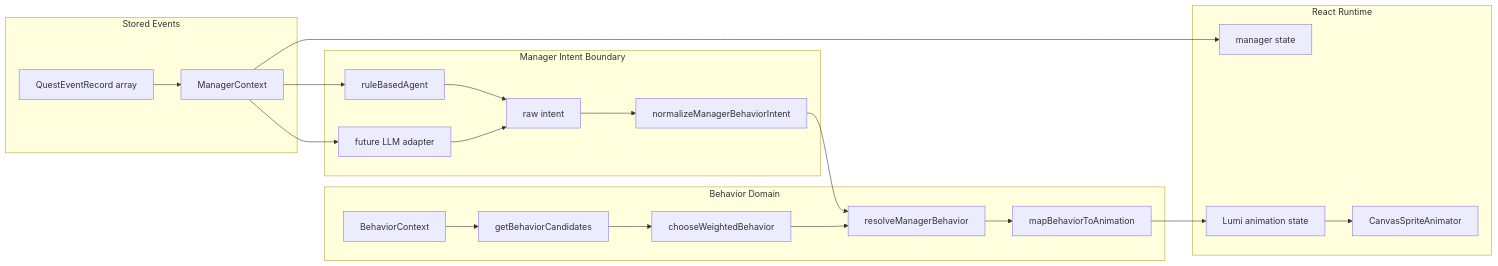
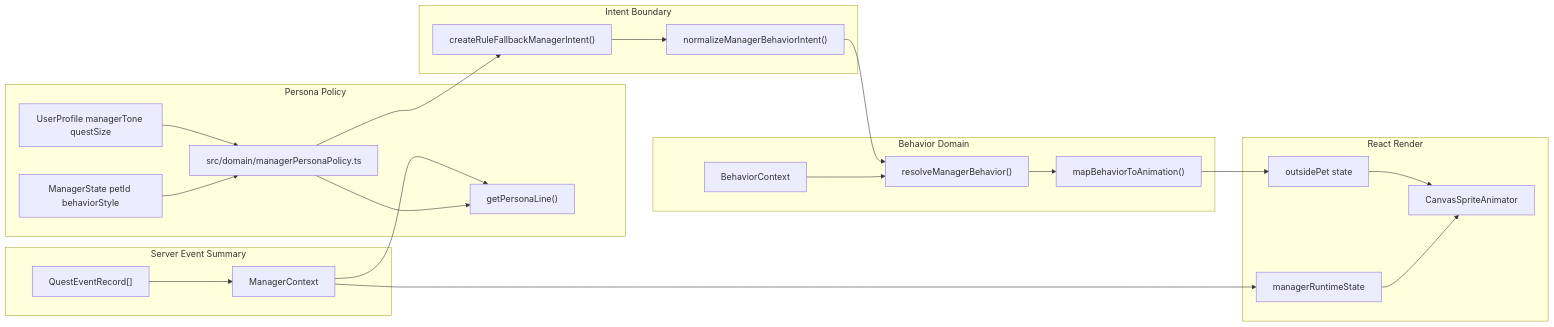
Before and after one commit to Mureung1/hub-showcase: the third of 5 diagrams in docs/architecture-data-flow.md, drawn with Mermaid. The commit also changed other lines of this file and 63 other files, not shown here.

Commit message:
Connect manager runtime and reward systems

````diff
--- a/docs/architecture-data-flow.md
+++ b/docs/architecture-data-flow.md
@@ -175,43 +160,46 @@
 ```mermaid
 flowchart LR
-  subgraph Data["Stored Events"]
-    Records["QuestEventRecord array"]
+  subgraph ServerData["Server Event Summary"]
+    Records["QuestEventRecord[]"]
     Context["ManagerContext"]
   end
 
-  subgraph Intent["Manager Intent Boundary"]
-    RuleAgent["ruleBasedAgent"]
-    FutureLLM["future LLM adapter"]
-    RawIntent["raw intent"]
-    Normalize["normalizeManagerBehaviorIntent"]
+  subgraph Persona["Persona Policy"]
+    Profile["UserProfile managerTone questSize"]
+    Manager["ManagerState petId behaviorStyle"]
+    Policy["src/domain/managerPersonaPolicy.ts"]
+    PersonaLine["getPersonaLine()"]
+  end
+
+  subgraph Intent["Intent Boundary"]
+    RuleIntent["createRuleFallbackManagerIntent()"]
+    Normalize["normalizeManagerBehaviorIntent()"]
   end
 
   subgraph Behavior["Behavior Domain"]
     BehaviorContext["BehaviorContext"]
-    Candidates["getBehaviorCandidates"]
-    Weighted["chooseWeightedBehavior"]
-    Adapter["resolveManagerBehavior"]
-    Animation["mapBehaviorToAnimation"]
+    Adapter["resolveManagerBehavior()"]
+    Animation["mapBehaviorToAnimation()"]
   end
 
-  subgraph React["React Runtime"]
-    ManagerState["manager state"]
-    PetState["Lumi animation state"]
+  subgraph Render["React Render"]
+    Runtime["managerRuntimeState"]
+    OutsidePet["outsidePet state"]
     Canvas["CanvasSpriteAnimator"]
   end
 
   Records --> Context
-  Context --> RuleAgent
-  Context --> FutureLLM
-  RuleAgent --> RawIntent
-  FutureLLM --> RawIntent
-  RawIntent --> Normalize
+  Context --> PersonaLine
+  Profile --> Policy
+  Manager --> Policy
+  Policy --> PersonaLine
+  Policy --> RuleIntent
+  RuleIntent --> Normalize
   Normalize --> Adapter
-  BehaviorContext --> Candidates
-  Candidates --> Weighted
-  Weighted --> Adapter
+  BehaviorContext --> Adapter
   Adapter --> Animation
-  Context --> ManagerState
-  Animation --> PetState
-  PetState --> Canvas
+  Animation --> OutsidePet
+  Context --> Runtime
+  OutsidePet --> Canvas
+  Runtime --> Canvas
 ```
````
